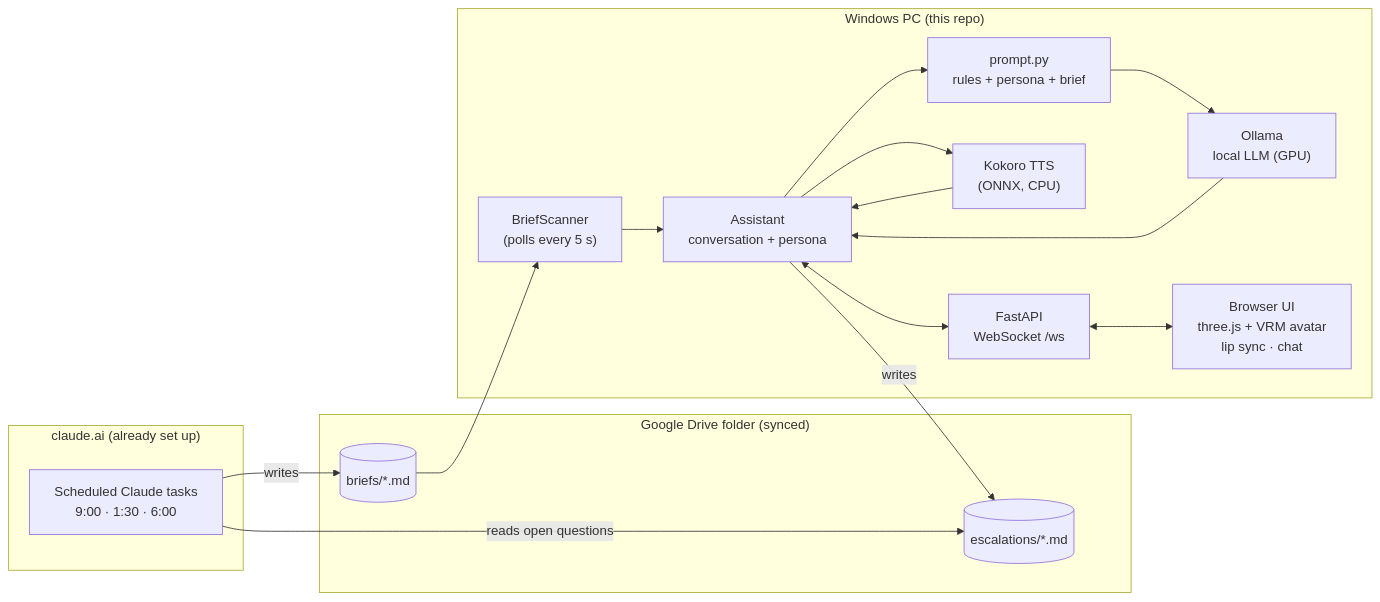
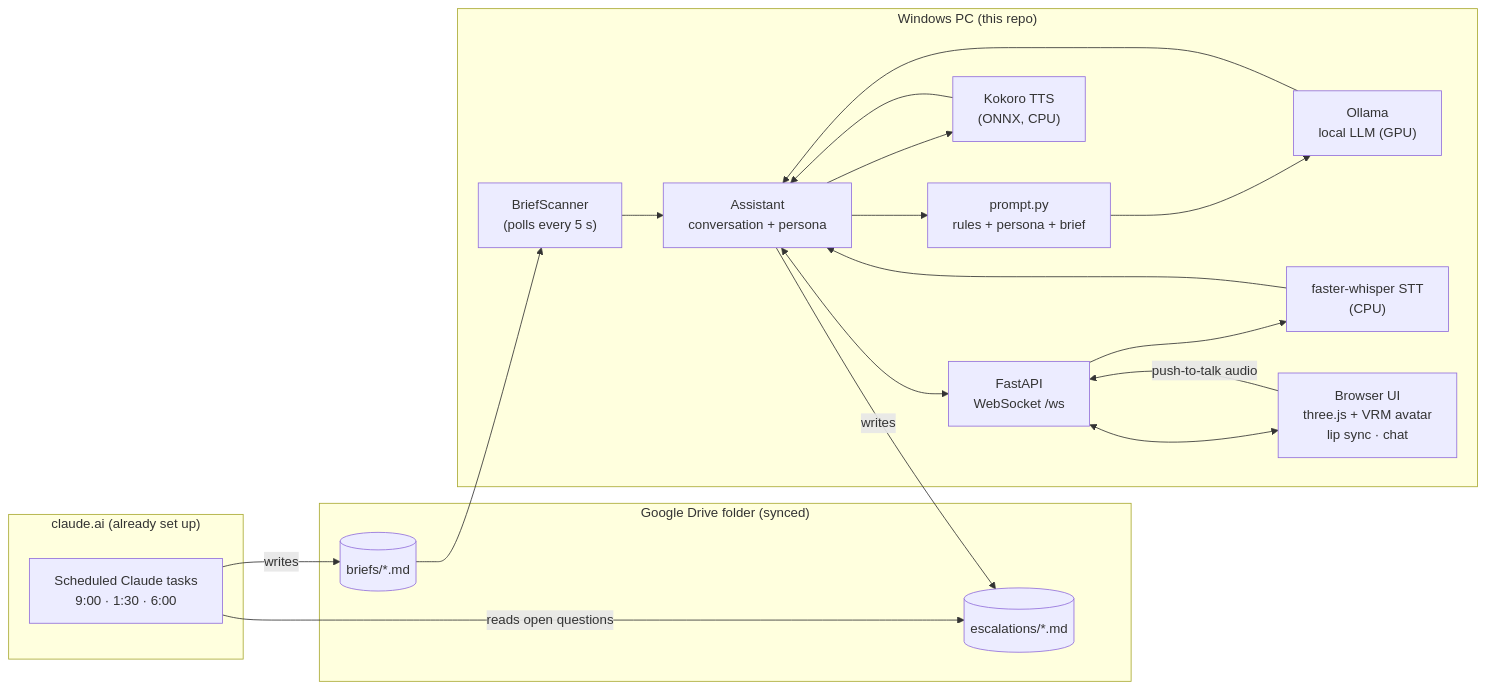
One commit to cooperyungblut/desktop-assistant changed the diagram in README.md. Above: the diagram before and after it, drawn with Mermaid. The commit also changed other lines of this file and 16 other files, not shown here.

First line of the commit message:
Milestone 2: push-to-talk voice input with faster-whisper

````diff
--- a/README.md
+++ b/README.md
@@ -34,26 +36,28 @@
 ```mermaid
 flowchart LR
   subgraph Cloud["claude.ai (already set up)"]
     T["Scheduled Claude tasks<br/>9:00 · 1:30 · 6:00"]
   end
   subgraph Drive["Google Drive folder (synced)"]
     B[("briefs/*.md")]
     E[("escalations/*.md")]
   end
   subgraph PC["Windows PC (this repo)"]
     W["BriefScanner<br/>(polls every 5 s)"]
     A["Assistant<br/>conversation + persona"]
     P["prompt.py<br/>rules + persona + brief"]
     O["Ollama<br/>local LLM (GPU)"]
     K["Kokoro TTS<br/>(ONNX, CPU)"]
+    WH["faster-whisper STT<br/>(CPU)"]
     S["FastAPI<br/>WebSocket /ws"]
     UI["Browser UI<br/>three.js + VRM avatar<br/>lip sync · chat"]
   end
   T -- writes --> B
   T -- reads open questions --> E
   B --> W --> A
   A --> P --> O --> A
   A --> K --> A
+  UI -- push-to-talk audio --> S --> WH --> A
   A -- writes --> E
   A <--> S <--> UI
 ```
````
